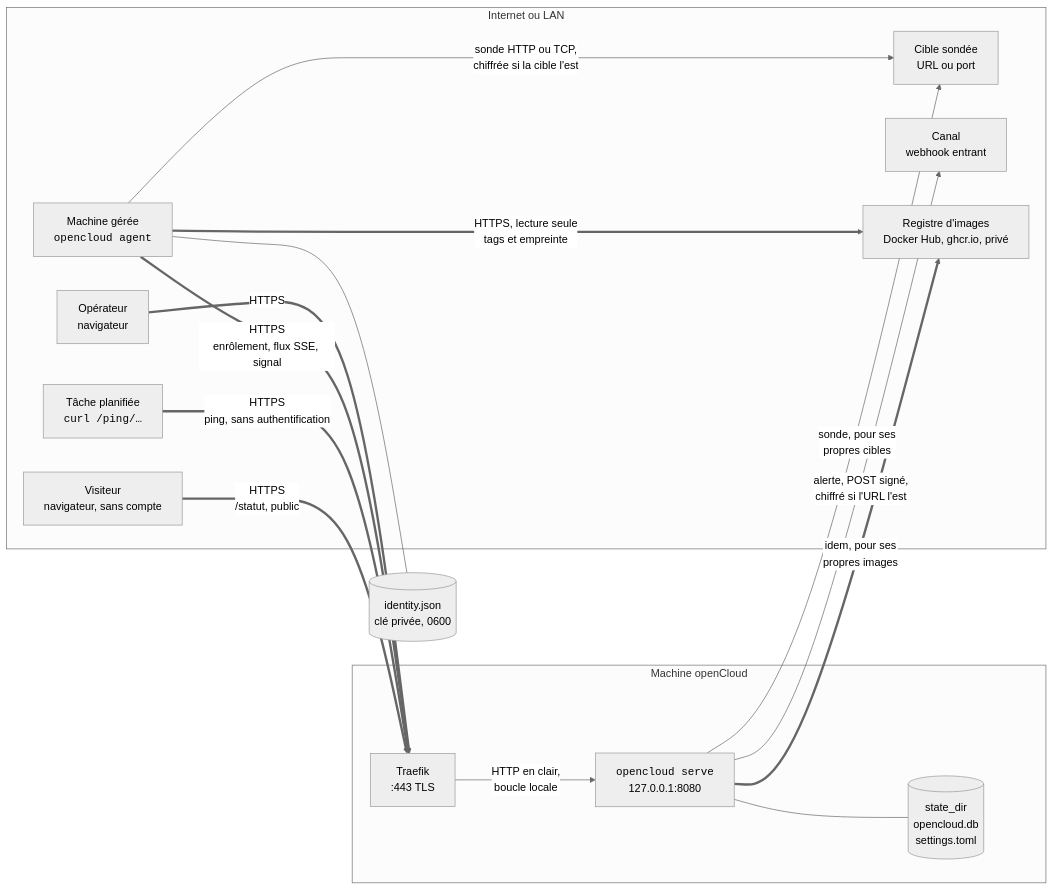
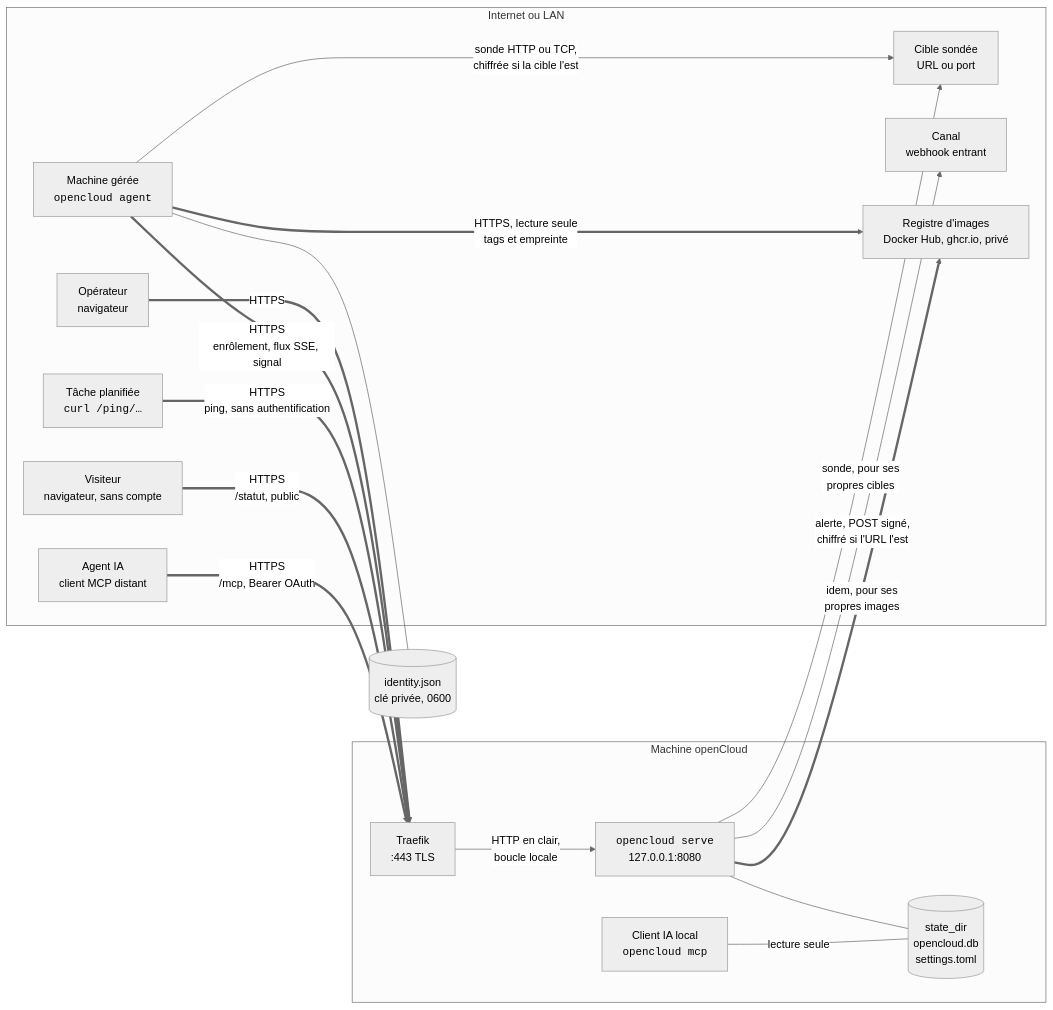
One commit to ldesfontaine/opencloud changed the diagram in docs/projet/22-fonctionnement.md. Above: the diagram before and after it, drawn with Mermaid (neutral theme). The commit also changed other lines of this file and 5 other files, not shown here.

Commit message:
feat(mcp): page Paramètres, activer et secret montré une fois, adresses de retour, jetons d'API, sessions, commande du client local ; fonctionnement

````diff
--- a/docs/projet/22-fonctionnement.md
+++ b/docs/projet/22-fonctionnement.md
@@ -27,29 +28,33 @@
 ```mermaid
 flowchart LR
     subgraph internet["Internet ou LAN"]
         op["Opérateur<br>navigateur"]
         ag["Machine gérée<br><code>opencloud agent</code>"]
         job["Tâche planifiée<br><code>curl /ping/…</code>"]
         tgt["Cible sondée<br>URL ou port"]
         vis["Visiteur<br>navigateur, sans compte"]
         hook["Canal<br>webhook entrant"]
         reg["Registre d'images<br>Docker Hub, ghcr.io, privé"]
+        ai["Agent IA<br>client MCP distant"]
     end
     subgraph oc["Machine openCloud"]
         tr["Traefik<br>:443 TLS"]
         srv["<code>opencloud serve</code><br>127.0.0.1:8080"]
         db[("state_dir<br>opencloud.db<br>settings.toml")]
+        cli["Client IA local<br><code>opencloud mcp</code>"]
         tr -- "HTTP en clair,<br>boucle locale" --> srv
         srv --- db
+        cli -- "lecture seule" --- db
     end
     op == "HTTPS" ==> tr
     ag == "HTTPS<br>enrôlement, flux SSE, signal" ==> tr
     job == "HTTPS<br>ping, sans authentification" ==> tr
     vis == "HTTPS<br>/statut, public" ==> tr
+    ai == "HTTPS<br>/mcp, Bearer OAuth" ==> tr
     ag -- "sonde HTTP ou TCP,<br>chiffrée si la cible l'est" --> tgt
     srv -- "sonde, pour ses<br>propres cibles" --> tgt
     srv -- "alerte, POST signé,<br>chiffré si l'URL l'est" --> hook
     ag == "HTTPS, lecture seule<br>tags et empreinte" ==> reg
     srv == "idem, pour ses<br>propres images" ==> reg
     ag --- id[("identity.json<br>clé privée, 0600")]
 ```
````
